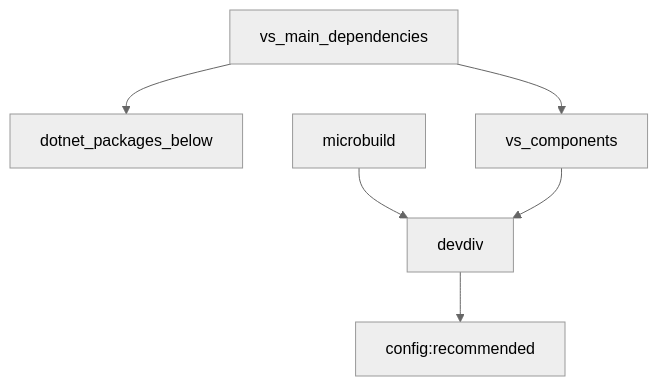
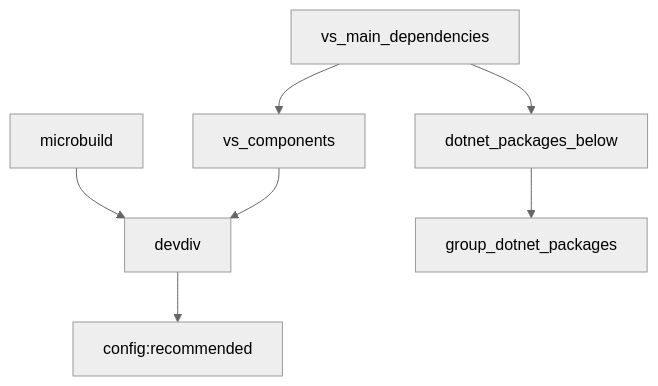
Before and after one commit to microsoft/vs-renovate-presets: the diagram in README.md, drawn with Mermaid (neutral theme). The commit also changed 2 other files, not shown here.

Commit message:
Split out the .NET grouping preset

````diff
--- a/README.md
+++ b/README.md
@@ -10,9 +10,9 @@
 ```mermaid
 flowchart TD
     devdiv --> configRecommended["config:recommended"]
-    dotnet_packages_below
+    dotnet_packages_below --> group_dotnet_packages
     microbuild --> devdiv
     vs_components --> devdiv
     vs_main_dependencies --> vs_components
     vs_main_dependencies --> dotnet_packages_below
 ```
````
